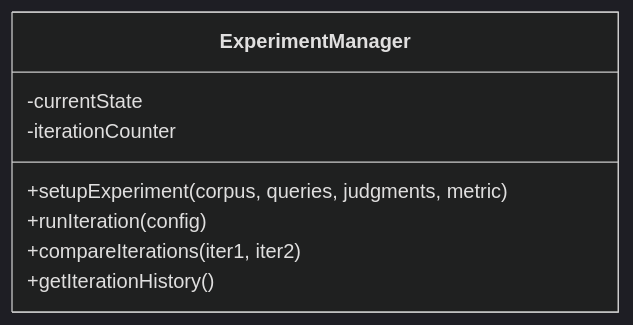
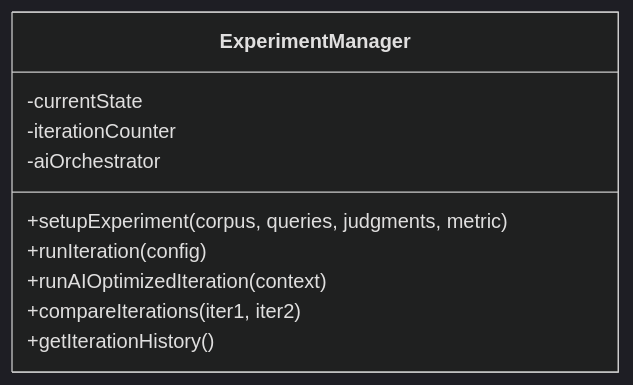
The second of 7 diagrams in ARCHITECTURE.md (sstults/solr-optimizer), drawn with Mermaid (dark theme) before and after one commit. The commit also changed other lines of this file and 12 other files, not shown here.

````diff
--- a/ARCHITECTURE.md
+++ b/ARCHITECTURE.md
@@ -28,11 +41,13 @@
 ```mermaid
 classDiagram
     class ExperimentManager {
         +setupExperiment(corpus, queries, judgments, metric)
         +runIteration(config)
+        +runAIOptimizedIteration(context)
         +compareIterations(iter1, iter2)
         +getIterationHistory()
         -currentState
         -iterationCounter
+        -aiOrchestrator
     }
 ```
````
